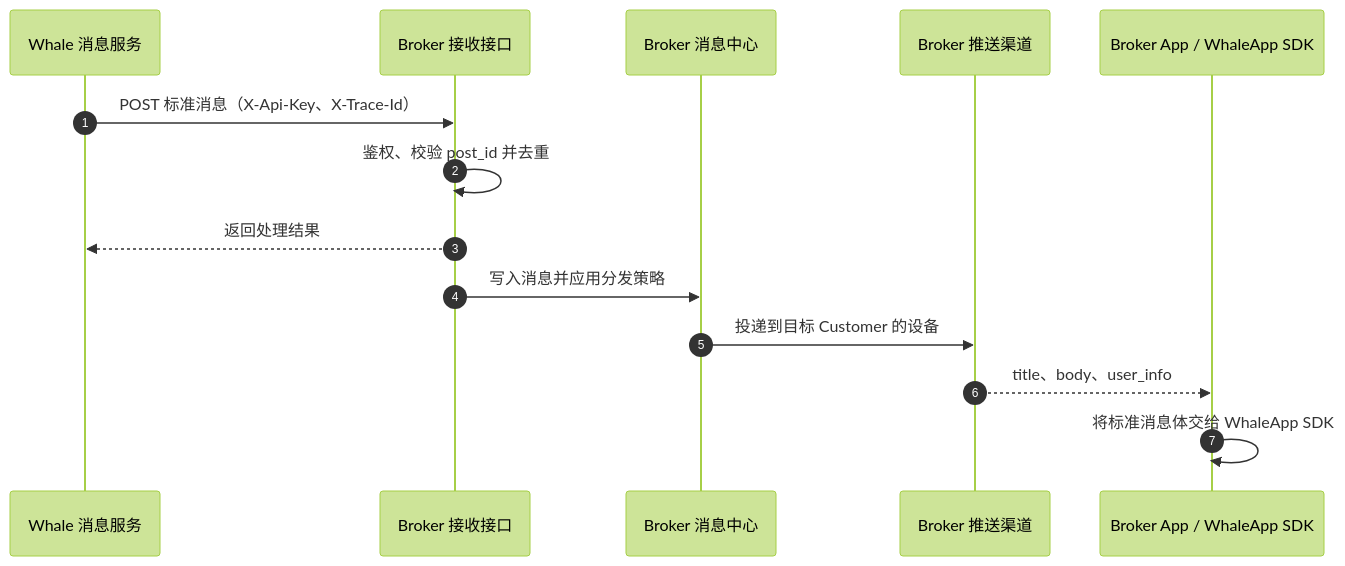
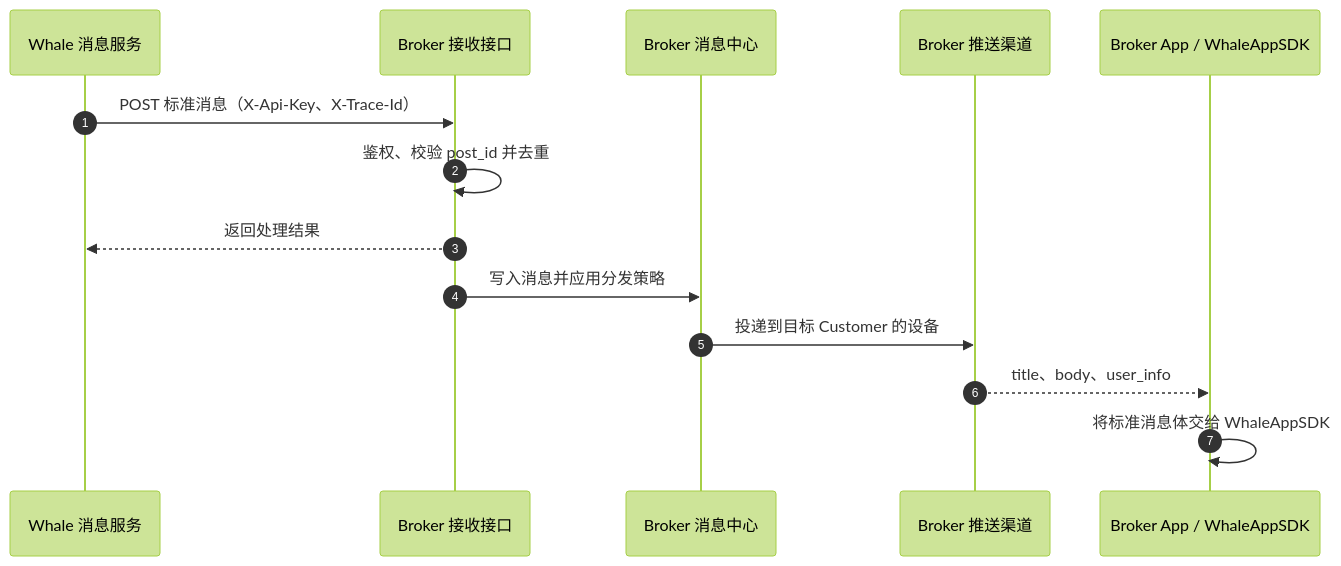
Before and after one commit to longbridge/whale-docs: the second of 2 diagrams in docs/zh-CN/docs/message-push.mdx, drawn with Mermaid (forest theme). The commit also changed other lines of this file and 120 other files, not shown here.

````diff
--- a/docs/zh-CN/docs/message-push.mdx
+++ b/docs/zh-CN/docs/message-push.mdx
@@ -92,17 +92,17 @@
 ```mermaid
 sequenceDiagram
     autonumber
     participant Whale as Whale 消息服务
     participant Endpoint as Broker 接收接口
     participant Center as Broker 消息中心
     participant Channel as Broker 推送渠道
-    participant App as Broker App / WhaleApp SDK
+    participant App as Broker App / WhaleAppSDK
 
     Whale->>Endpoint: POST 标准消息（X-Api-Key、X-Trace-Id）
     Endpoint->>Endpoint: 鉴权、校验 post_id 并去重
     Endpoint-->>Whale: 返回处理结果
     Endpoint->>Center: 写入消息并应用分发策略
     Center->>Channel: 投递到目标 Customer 的设备
     Channel-->>App: title、body、user_info
-    App->>App: 将标准消息体交给 WhaleApp SDK
+    App->>App: 将标准消息体交给 WhaleAppSDK
 ```
````
